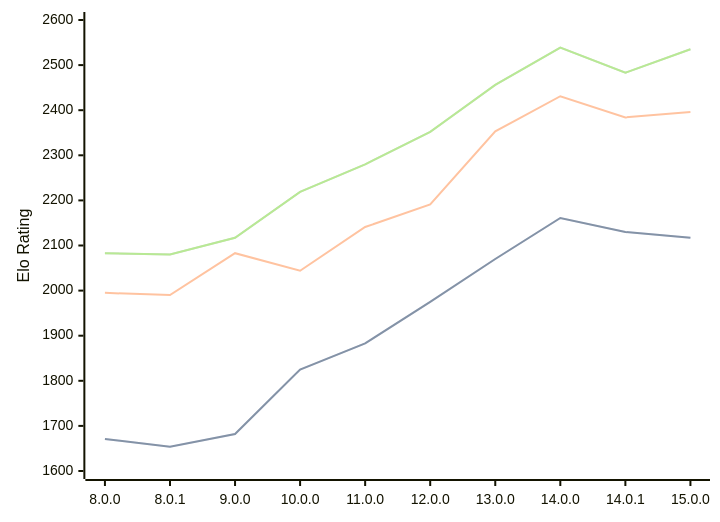
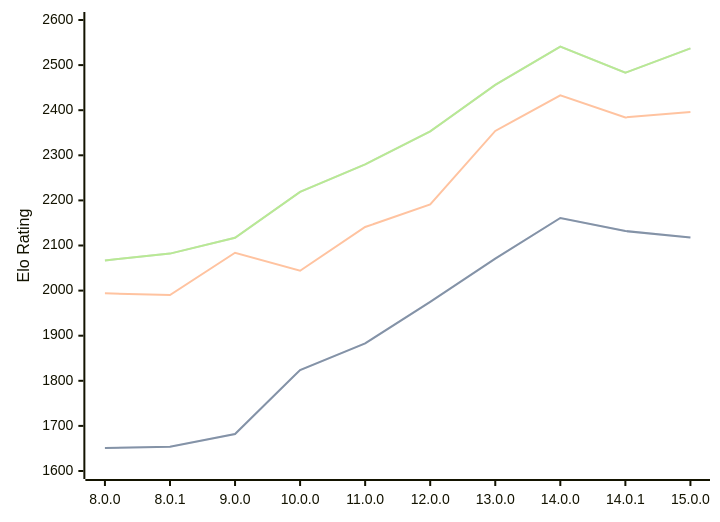
One commit to computer-chess-index/cci changed the diagram in engines/Cepimetheus.md. Above: the diagram before and after it, drawn with Mermaid. The commit also changed other lines of this file, not shown here.

Commit message:
Update CCI Ratings (ELO VLTC) - 2026-08-26

````diff
--- a/engines/Cepimetheus.md
+++ b/engines/Cepimetheus.md
@@ -66,11 +66,11 @@
 ```mermaid
 %%{init: {"theme":"base","themeVariables":{"seriesColors:['#a3a3a3','#222221','#faa371']}}}%%
 xychart-beta
   x-axis ["8.0.0", "8.0.1", "9.0.0", "10.0.0", "11.0.0", "12.0.0", "13.0.0", "14.0.0", "14.0.1", "15.0.0"]
   y-axis "Elo Rating" 1600 --> 2600
-  line "STC (8.0+0.08s)" [1671, 1654, 1682, 1825, 1883, 1975, 2070, 2161, 2130, 2117]
-  line "STC (8.0+0.08s)" [1671, 1654, 1682, 1825, 1883, 1975, 2070, 2161, 2130, 2117]
-  line "LTC (60.0+0.60s)" [1995, 1990, 2083, 2044, 2141, 2191, 2353, 2431, 2384, 2396]
-  line "VLTC (2m24s+1.12s)" [2083, 2080, 2117, 2219, 2280, 2352, 2456, 2539, 2483, 2535]
-  line "VLTC (2m24s+1.12s)" [2083, 2080, 2117, 2219, 2280, 2352, 2456, 2539, 2483, 2535]
+  line "STC (8.0+0.08s)" [1651, 1654, 1682, 1824, 1883, 1975, 2071, 2161, 2132, 2118]
+  line "STC (8.0+0.08s)" [1651, 1654, 1682, 1824, 1883, 1975, 2071, 2161, 2132, 2118]
+  line "LTC (60.0+0.60s)" [1994, 1990, 2084, 2044, 2141, 2191, 2354, 2433, 2384, 2396]
+  line "VLTC (2m24s+1.12s)" [2067, 2082, 2117, 2219, 2280, 2353, 2456, 2541, 2483, 2537]
+  line "VLTC (2m24s+1.12s)" [2067, 2082, 2117, 2219, 2280, 2353, 2456, 2541, 2483, 2537]
 ```
````
